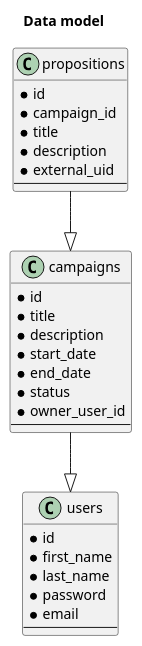
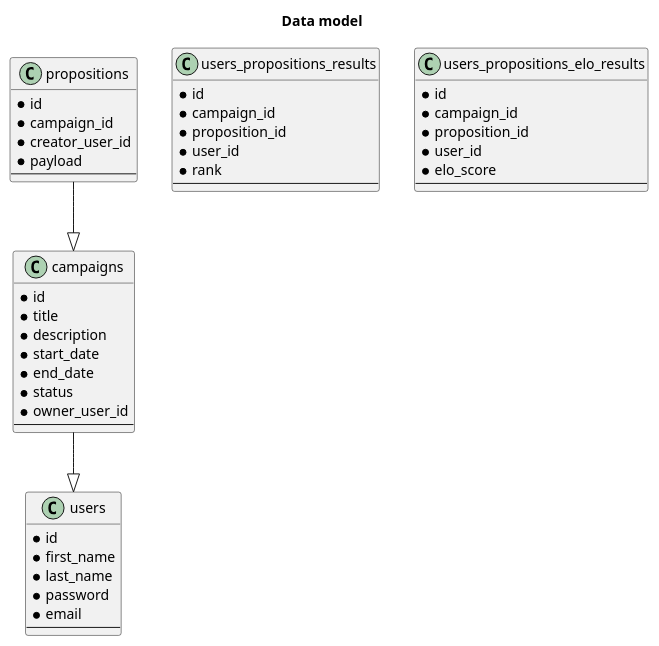
One commit to Akrobate/agora changed the diagram in documentation/diagram.puml. Above: the diagram before and after it, drawn with PlantUML.

```diff
--- a/documentation/diagram.puml
+++ b/documentation/diagram.puml
@@ -1,38 +1,56 @@
 @startuml
 
 title Data model
 
 class "users" {
   * id
   * first_name
   * last_name
   * password
   * email
   --
 }
 
 class "campaigns" {
   * id
   * title
   * description
   * start_date
   * end_date
   * status
   * owner_user_id
   --
 }
 
 class "propositions" {
   * id
   * campaign_id
-  * title
-  * description
-  * external_uid
+  * creator_user_id
+  * payload
   --
 }
+
+class "users_propositions_results" {
+  * id
+  * campaign_id
+  * proposition_id
+  * user_id
+  * rank
+  --
+}
+
+class "users_propositions_elo_results" {
+  * id
+  * campaign_id
+  * proposition_id
+  * user_id
+  * elo_score
+  --
+}
+
 
 
 campaigns --|> users
 propositions --|> campaigns
 
 @enduml
```
